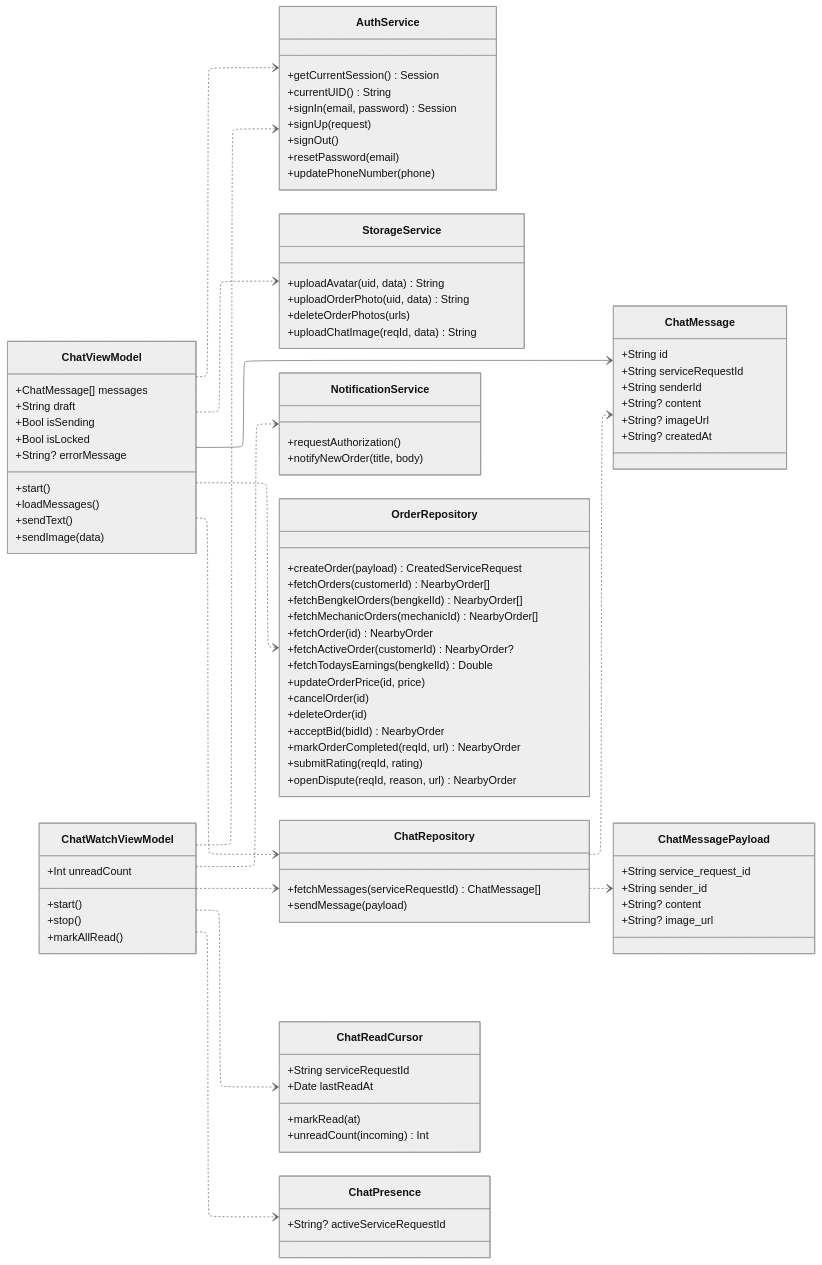
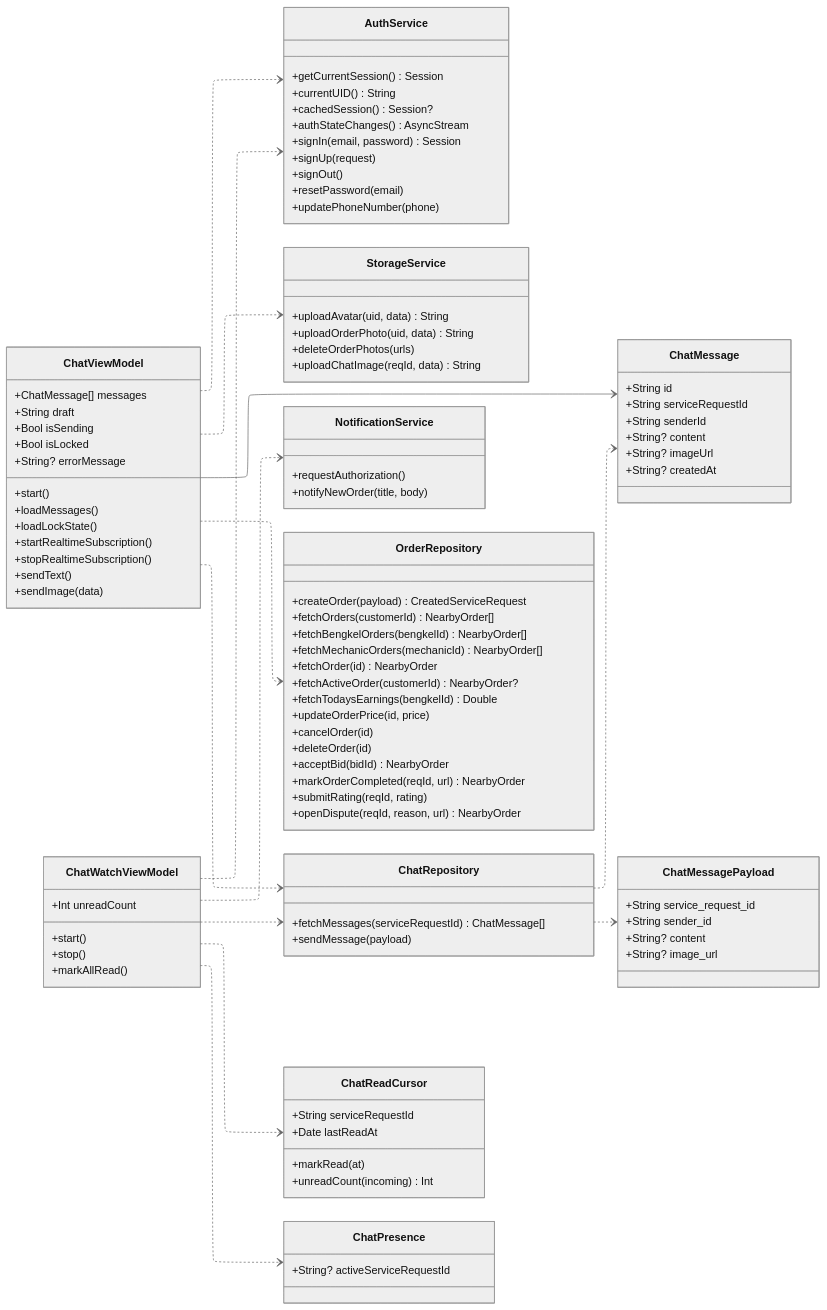
The seventh of 12 diagrams in diagram/feature-class-diagrams.md (rei-soemanto/BengkelIn_SE), drawn with Mermaid (neutral theme) before and after one commit. The commit also changed other lines of this file and 21 other files, not shown here.

Commit message:
feature-class-diagram update

```diff
--- a/diagram/feature-class-diagrams.md
+++ b/diagram/feature-class-diagrams.md
@@ -900,6 +966,8 @@
     class AuthService {
         +getCurrentSession() Session
         +currentUID() String
+        +cachedSession() Session?
+        +authStateChanges() AsyncStream
         +signIn(email, password) Session
         +signUp(request)
         +signOut()
@@ -944,6 +1012,9 @@
         +String? errorMessage
         +start()
         +loadMessages()
+        +loadLockState()
+        +startRealtimeSubscription()
+        +stopRealtimeSubscription()
         +sendText()
         +sendImage(data)
     }
```
